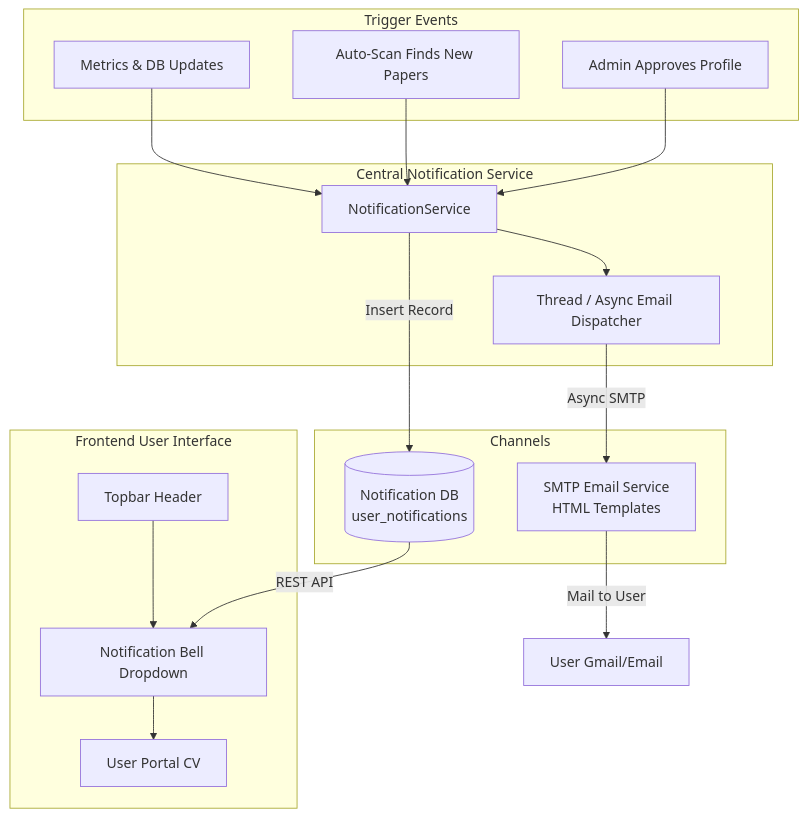
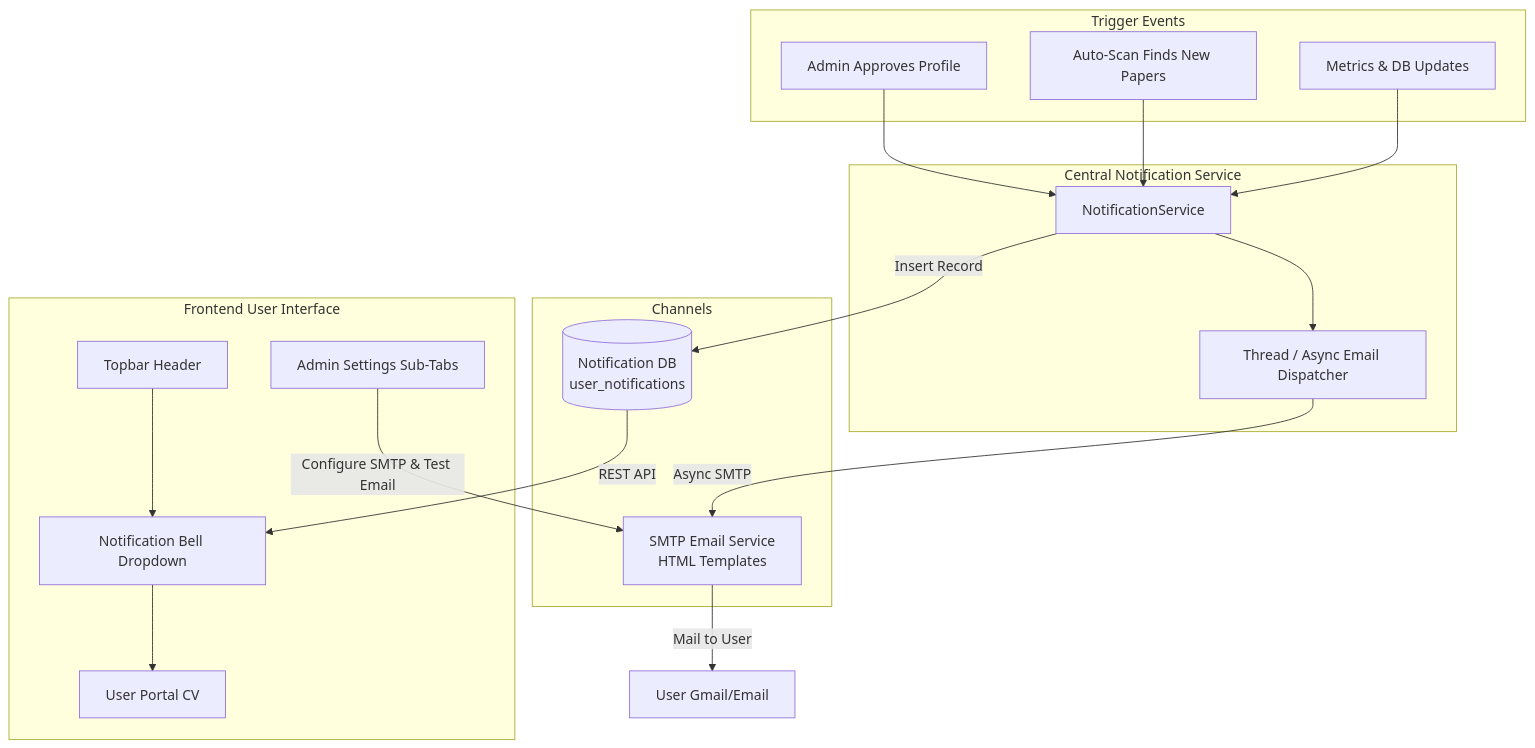
Before and after one commit to chinhanxt/QLKHCN_Scholar_CV: the diagram in docs/superpowers/specs/2026-07-23-email-and-notification-system-design.md, drawn with Mermaid. The commit also changed other lines of this file, not shown here.

Commit message:
docs: add admin email settings sub-tabs to notification design spec

````diff
--- a/docs/superpowers/specs/2026-07-23-email-and-notification-system-design.md
+++ b/docs/superpowers/specs/2026-07-23-email-and-notification-system-design.md
@@ -27,37 +27,39 @@
 ```mermaid
 flowchart TD
     subgraph Trigger Events
         A[Admin Approves Profile]
         B[Auto-Scan Finds New Papers]
         C[Metrics & DB Updates]
     end
 
     subgraph Central Notification Service
         S[NotificationService]
         T[Thread / Async Email Dispatcher]
     end
 
     subgraph Channels
         E[SMTP Email Service\nHTML Templates]
         DB[(Notification DB\nuser_notifications)]
     end
 
     subgraph Frontend User Interface
         H[Topbar Header]
         Bell[Notification Bell Dropdown]
         P[User Portal CV]
+        Set[Admin Settings Sub-Tabs]
     end
 
     A --> S
     B --> S
     C --> S
 
     S --> T
     T -->|Async SMTP| E
     E -->|Mail to User| UserInbox[User Gmail/Email]
 
     S -->|Insert Record| DB
     DB -->|REST API| Bell
     H --> Bell
     Bell --> P
+    Set -->|Configure SMTP & Test Email| E
 ```
````
